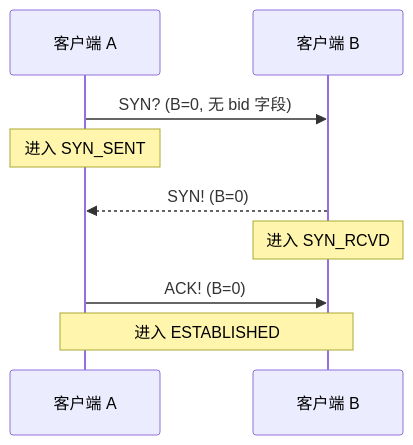
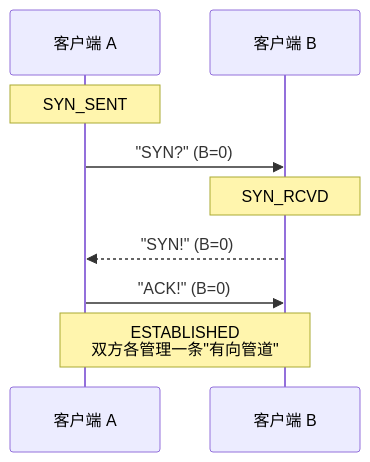
Before and after one commit to moky/magpie: the second of 5 diagrams in docs/workflow.md, drawn with Mermaid. The commit also changed other lines of this file and 11 other files, not shown here.

````diff
--- a/docs/workflow.md
+++ b/docs/workflow.md
@@ -47,12 +63,12 @@
 ```mermaid
 sequenceDiagram
     participant A as 客户端 A
     participant B as 客户端 B
 
-    A->>B: SYN? (B=0, 无 bid 字段)
-    Note over A: 进入 SYN_SENT
-    B-->>A: SYN! (B=0)
-    Note over B: 进入 SYN_RCVD
-    A->>B: ACK! (B=0)
-    Note over A,B: 进入 ESTABLISHED
+    Note over A: SYN_SENT
+    A->>B: "SYN?" (B=0)
+    Note over B: SYN_RCVD
+    B-->>A: "SYN!" (B=0)
+    A->>B: "ACK!" (B=0)
+    Note over A, B: ESTABLISHED<br/>双方各管理一条"有向管道"
 ```
````
